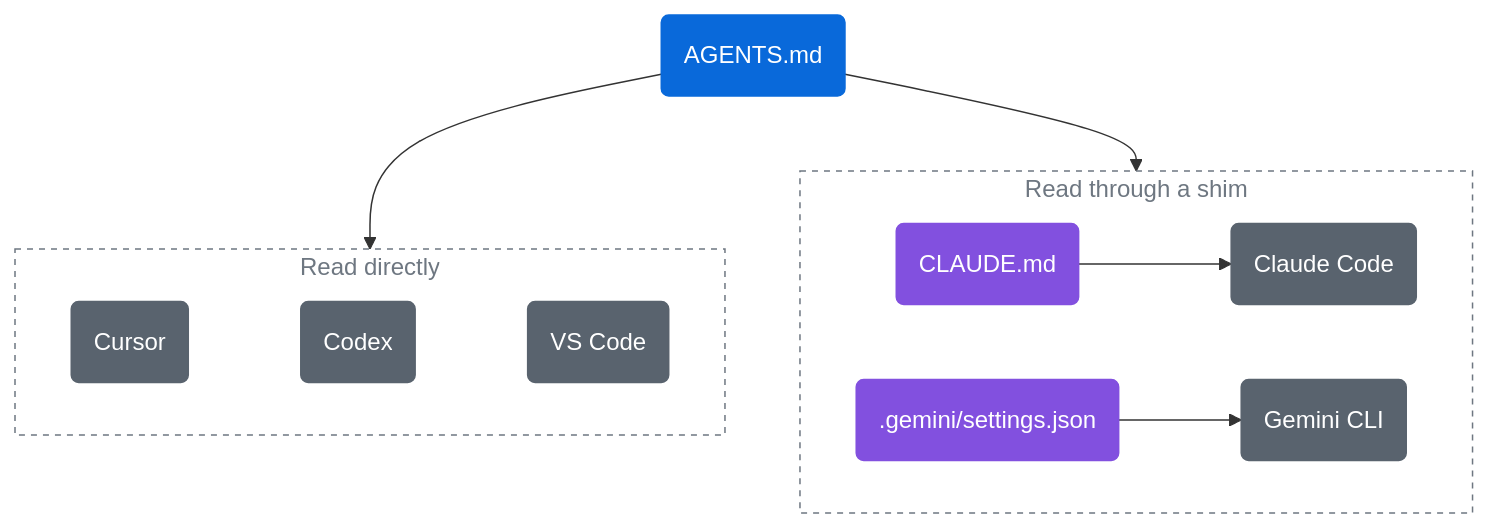
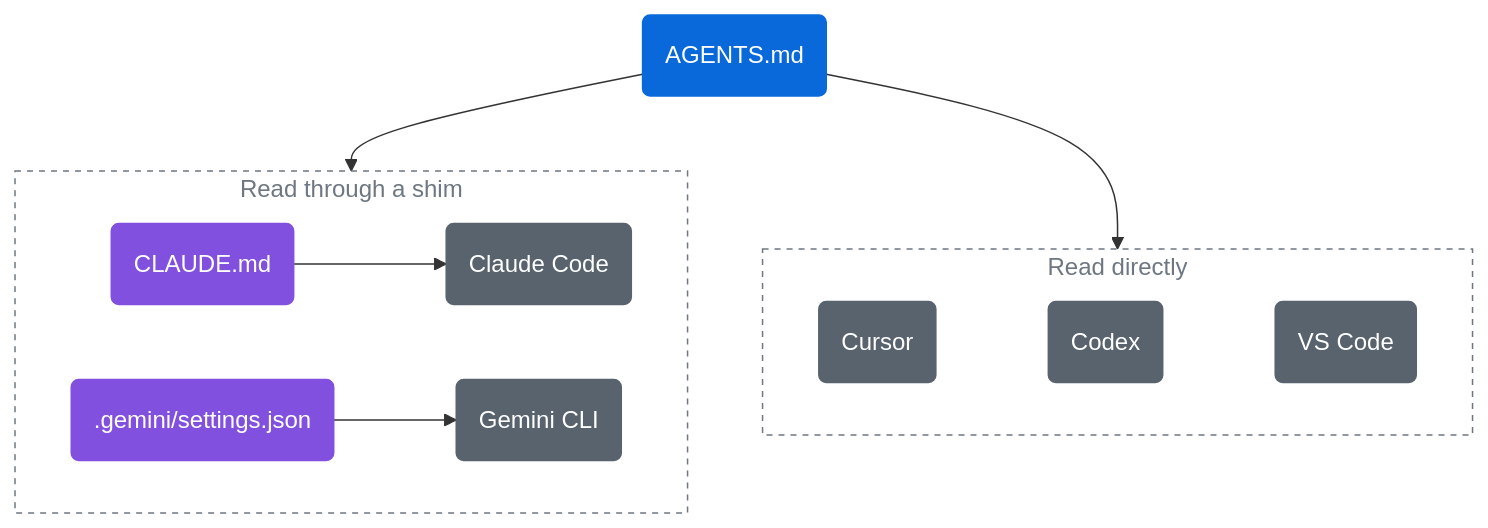
Before and after one commit to santoshshinde2012/over-ai-engineering: the first of 2 diagrams in README.md, drawn with Mermaid. The commit also changed other lines of this file, not shown here.

First line of the commit message:
Keep the shim diagram's bottom-right corner clear.

````diff
--- a/README.md
+++ b/README.md
@@ -19,34 +19,34 @@
 ```mermaid
 flowchart TB
   accTitle: One source of truth, thin shims
   accDescr: AGENTS.md is the source. Cursor, Codex, and VS Code read it directly. Claude Code reads it through CLAUDE.md, and Gemini CLI through .gemini/settings.json.
 
   agents("AGENTS.md")
+
+  subgraph via["Read through a shim"]
+    direction LR
+    claudeShim("CLAUDE.md") --> claude("Claude Code")
+    geminiShim(".gemini/settings.json") --> gemini("Gemini CLI")
+  end
 
   subgraph direct["Read directly"]
     direction LR
     cursor("Cursor")
     codex("Codex")
     copilot("VS Code")
     cursor ~~~ codex ~~~ copilot
   end
 
-  subgraph via["Read through a shim"]
-    direction LR
-    claudeShim("CLAUDE.md") --> claude("Claude Code")
-    geminiShim(".gemini/settings.json") --> gemini("Gemini CLI")
-  end
-
+  agents --> via
   agents --> direct
-  agents --> via
 
   classDef source fill:#0969DA,stroke:#0969DA,color:#FFFFFF
   classDef shim fill:#8250DF,stroke:#8250DF,color:#FFFFFF
   classDef agent fill:#59636E,stroke:#59636E,color:#FFFFFF
   classDef group fill:transparent,stroke:#6E7781,stroke-dasharray:4 4,color:#6E7781
 
   class agents source
   class claudeShim,geminiShim shim
   class cursor,codex,copilot,claude,gemini agent
   class direct,via group
 ```
````
